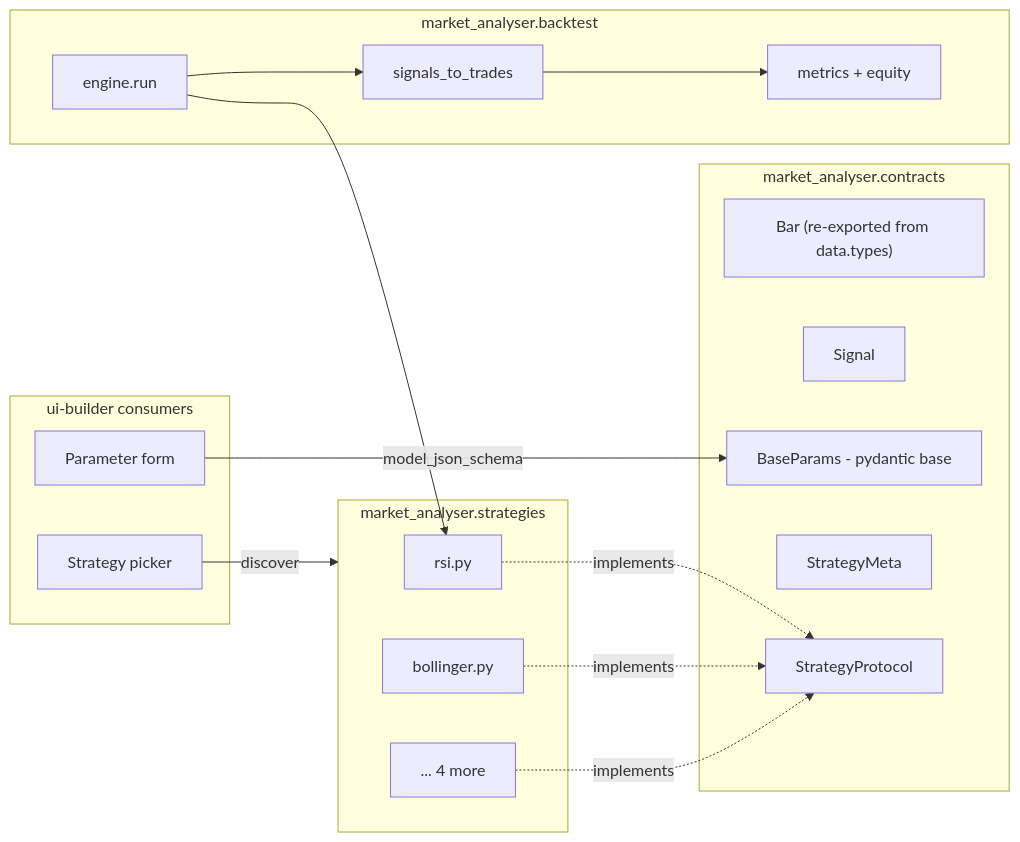
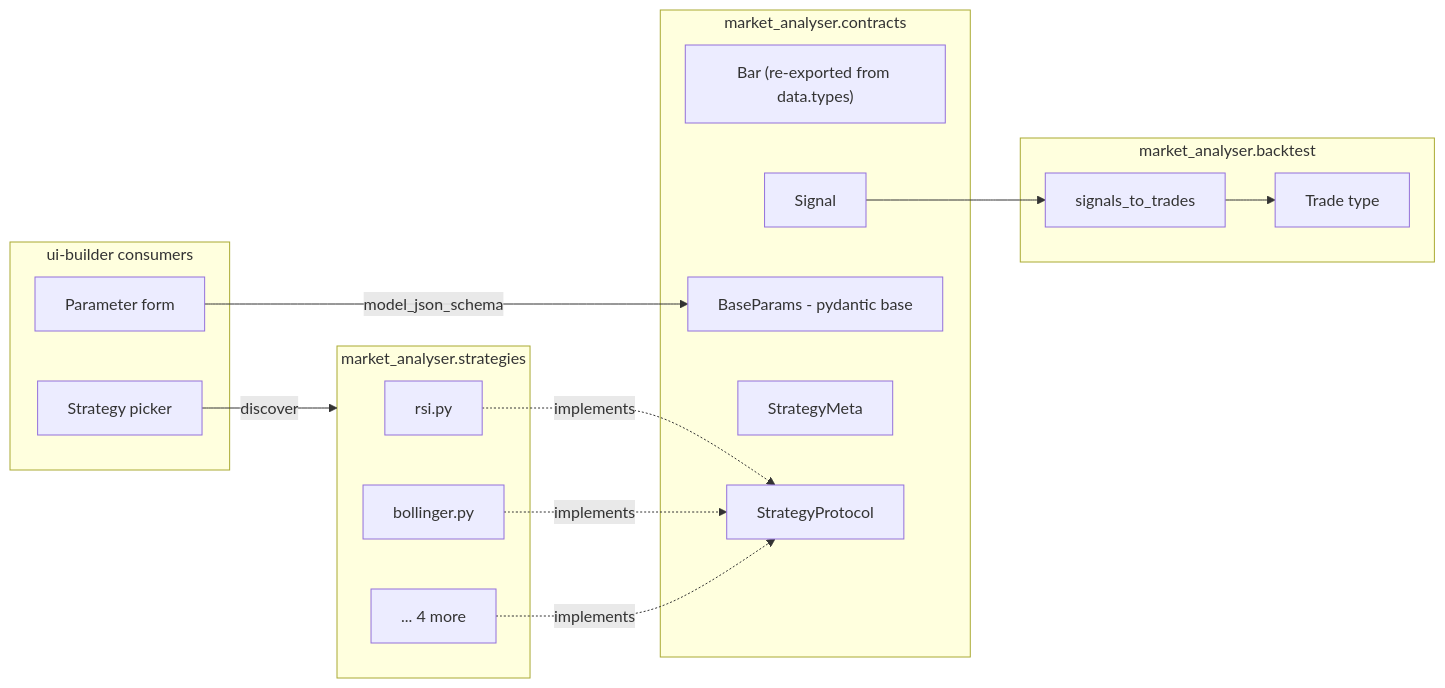
One commit to IgorKonovalov/market-analyzer changed the diagram in docs/architecture/plans/0002-strategy-interface.md. Above: the diagram before and after it, drawn with Mermaid. The commit also changed other lines of this file and 1 other file, not shown here.

````diff
--- a/docs/architecture/plans/0002-strategy-interface.md
+++ b/docs/architecture/plans/0002-strategy-interface.md
@@ -37,38 +38,36 @@
 ```mermaid
 flowchart LR
     subgraph Contracts[market_analyser.contracts]
         Bar["Bar (re-exported from data.types)"]
         Signal[Signal]
         Params[BaseParams - pydantic base]
         Meta[StrategyMeta]
         Proto[StrategyProtocol]
     end
 
     subgraph Strategies[market_analyser.strategies]
         RSI[rsi.py]
         BB[bollinger.py]
         Etc[... 4 more]
     end
 
     subgraph Backtest[market_analyser.backtest]
-        Engine[engine.run]
         Adapter[signals_to_trades]
-        Metrics[metrics + equity]
+        Trade[Trade type]
     end
 
     subgraph UI[ui-builder consumers]
         Form[Parameter form]
         Picker[Strategy picker]
     end
 
     RSI -.implements.-> Proto
     BB  -.implements.-> Proto
     Etc -.implements.-> Proto
 
-    Engine --> RSI
-    Engine --> Adapter
-    Adapter --> Metrics
+    Signal --> Adapter
+    Adapter --> Trade
 
     Form -->|model_json_schema| Params
     Picker -->|discover| Strategies
 ```
````
